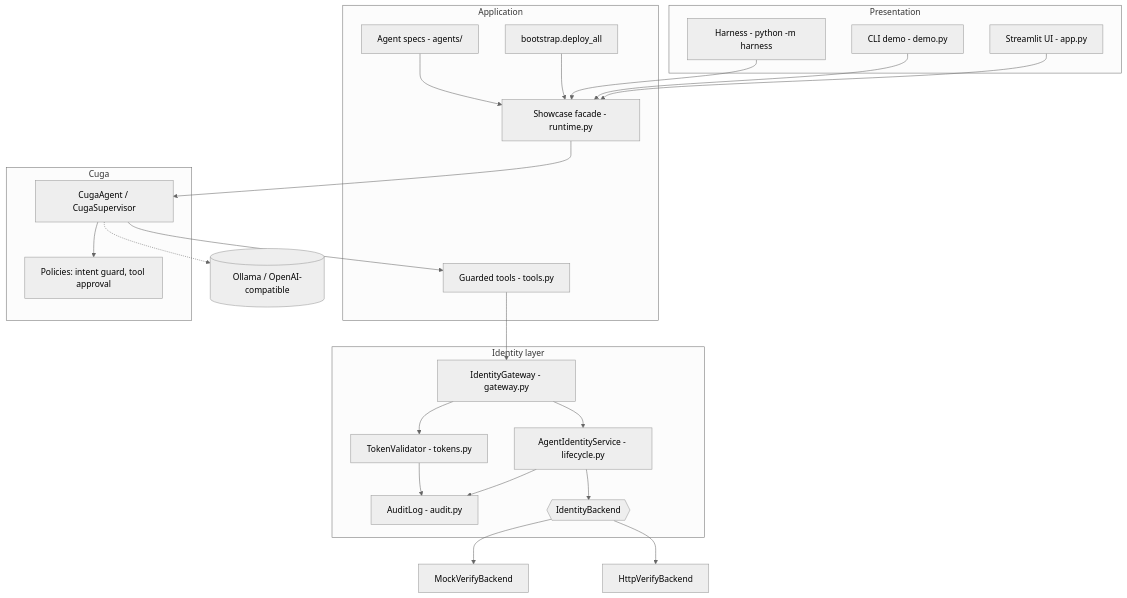
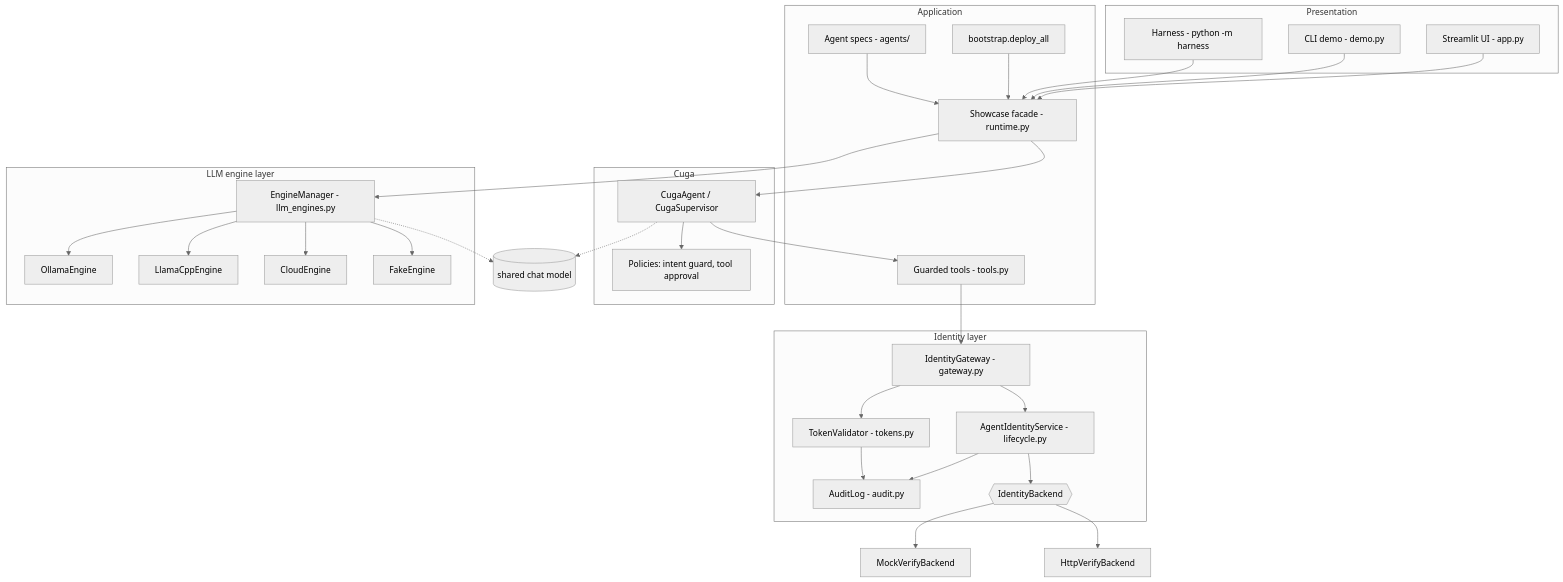
One commit to aairom/cuga-agentidentity changed the first of 11 diagrams in Docs/Architecture.md. Above: the diagram before and after it, drawn with Mermaid (neutral theme). The commit also changed other lines of this file and 17 other files, not shown here.

````diff
--- a/Docs/Architecture.md
+++ b/Docs/Architecture.md
@@ -7,42 +7,55 @@
 ```mermaid
 flowchart TB
     subgraph Presentation
         UI[Streamlit UI - app.py]
         CLI[CLI demo - demo.py]
         HRN[Harness - python -m harness]
     end
     subgraph Application
         SC[Showcase facade - runtime.py]
         BOOT[bootstrap.deploy_all]
         AG[Agent specs - agents/]
         TL[Guarded tools - tools.py]
     end
     subgraph Identity layer
         GW[IdentityGateway - gateway.py]
         SVC[AgentIdentityService - lifecycle.py]
         TV[TokenValidator - tokens.py]
         AUD[AuditLog - audit.py]
         BE{{IdentityBackend}}
     end
     subgraph Cuga
         CA[CugaAgent / CugaSupervisor]
         POL[Policies: intent guard, tool approval]
     end
+    subgraph LLM engine layer
+        EM[EngineManager - llm_engines.py]
+        EO[OllamaEngine]
+        EL[LlamaCppEngine]
+        EC[CloudEngine]
+        EF[FakeEngine]
+    end
     UI --> SC
     CLI --> SC
     HRN --> SC
     BOOT --> SC
     AG --> SC
     SC --> CA
     CA --> POL
     CA --> TL
     TL --> GW
     GW --> SVC
     GW --> TV
     SVC --> BE
     SVC --> AUD
     TV --> AUD
     BE --> M[MockVerifyBackend]
     BE --> H[HttpVerifyBackend]
-    CA -.-> LLM[(Ollama / OpenAI-compatible)]
+    SC --> EM
+    EM --> EO
+    EM --> EL
+    EM --> EC
+    EM --> EF
+    CA -.-> MODEL[(shared chat model)]
+    EM -.-> MODEL
 ```
````
